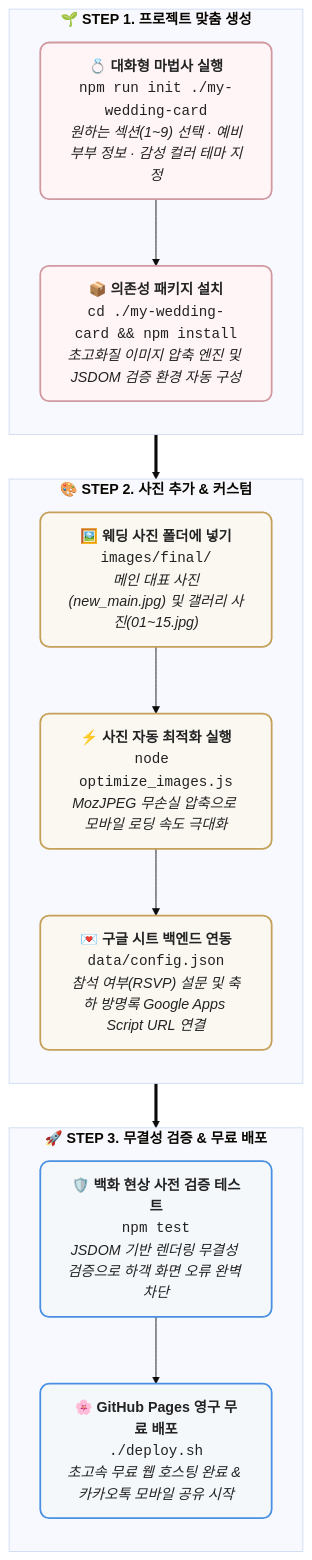
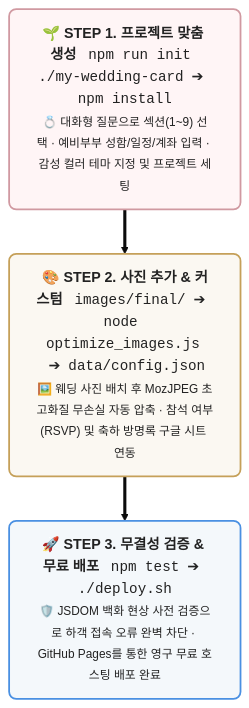
The diagram in .agents/skills/mobile-wedding-card/README.md (unoShin/wedding-card), drawn with Mermaid (base theme) before and after one commit.

Commit message:
Auto-deploy verification passed: 2026-08-28 17:42:09

````diff
--- a/.agents/skills/mobile-wedding-card/README.md
+++ b/.agents/skills/mobile-wedding-card/README.md
@@ -116,39 +116,19 @@
 ```mermaid
 flowchart TD
-    %% Phase 1: 맞춤 프로젝트 생성
-    subgraph P1 ["<b>🌱 STEP 1. 프로젝트 맞춤 생성</b>"]
-        direction TB
-        A["<b>💍 대화형 마법사 실행</b><br/><code>npm run init ./my-wedding-card</code><br/><i>원하는 섹션(1~9) 선택 · 예비부부 정보 · 감성 컬러 테마 지정</i>"]
-        B["<b>📦 의존성 패키지 설치</b><br/><code>cd ./my-wedding-card && npm install</code><br/><i>초고화질 이미지 압축 엔진 및 JSDOM 검증 환경 자동 구성</i>"]
-        A --> B
-    end
+    S1["<b>🌱 STEP 1. 프로젝트 맞춤 생성</b> &nbsp; <code>npm run init ./my-wedding-card</code> &nbsp;➔&nbsp; <code>npm install</code><br/><small>💍 대화형 질문으로 섹션(1~9) 선택 · 예비부부 성함/일정/계좌 입력 · 감성 컬러 테마 지정 및 프로젝트 세팅</small>"]
+    
+    S2["<b>🎨 STEP 2. 사진 추가 & 커스텀</b> &nbsp; <code>images/final/</code> &nbsp;➔&nbsp; <code>node optimize_images.js</code> &nbsp;➔&nbsp; <code>data/config.json</code><br/><small>🖼️ 웨딩 사진 배치 후 MozJPEG 초고화질 무손실 자동 압축 · 참석 여부(RSVP) 및 축하 방명록 구글 시트 연동</small>"]
+    
+    S3["<b>🚀 STEP 3. 무결성 검증 & 무료 배포</b> &nbsp; <code>npm test</code> &nbsp;➔&nbsp; <code>./deploy.sh</code><br/><small>🛡️ JSDOM 백화 현상 사전 검증으로 하객 접속 오류 완벽 차단 · GitHub Pages를 통한 영구 무료 호스팅 배포 완료</small>"]
 
-    %% Phase 2: 사진 및 커스텀
-    subgraph P2 ["<b>🎨 STEP 2. 사진 추가 & 커스텀</b>"]
-        direction TB
-        C["<b>🖼️ 웨딩 사진 폴더에 넣기</b><br/><code>images/final/</code><br/><i>메인 대표 사진(new_main.jpg) 및 갤러리 사진(01~15.jpg)</i>"]
-        D["<b>⚡ 사진 자동 최적화 실행</b><br/><code>node optimize_images.js</code><br/><i>MozJPEG 무손실 압축으로 모바일 로딩 속도 극대화</i>"]
-        E["<b>💌 구글 시트 백엔드 연동</b><br/><code>data/config.json</code><br/><i>참석 여부(RSVP) 설문 및 축하 방명록 Google Apps Script URL 연결</i>"]
-        C --> D --> E
-    end
+    S1 ==> S2 ==> S3
 
-    %% Phase 3: 품질 검증 및 배포
-    subgraph P3 ["<b>🚀 STEP 3. 무결성 검증 & 무료 배포</b>"]
-        direction TB
-        F["<b>🛡️ 백화 현상 사전 검증 테스트</b><br/><code>npm test</code><br/><i>JSDOM 기반 렌더링 무결성 검증으로 하객 화면 오류 완벽 차단</i>"]
-        G["<b>🌸 GitHub Pages 영구 무료 배포</b><br/><code>./deploy.sh</code><br/><i>초고속 무료 웹 호스팅 완료 & 카카오톡 모바일 공유 시작</i>"]
-        F --> G
-    end
+    %% Custom Wide Card Styling
+    classDef stepPink fill:#fff5f6,stroke:#d099a1,stroke-width:2px,color:#222,rx:8px,ry:8px;
+    classDef stepGold fill:#fbf8f2,stroke:#c5a059,stroke-width:2px,color:#222,rx:8px,ry:8px;
+    classDef stepBlue fill:#f4f8fb,stroke:#4a90e2,stroke-width:2px,color:#222,rx:8px,ry:8px;
 
-    B ==> C
-    E ==> F
-
-    %% Custom High-Craft Styling
-    classDef stepPink fill:#fff5f6,stroke:#d099a1,stroke-width:2px,color:#222,rx:10px,ry:10px;
-    classDef stepGold fill:#fbf8f2,stroke:#c5a059,stroke-width:2px,color:#222,rx:10px,ry:10px;
-    classDef stepBlue fill:#f4f8fb,stroke:#4a90e2,stroke-width:2px,color:#222,rx:10px,ry:10px;
-
-    class A,B stepPink;
-    class C,D,E stepGold;
-    class F,G stepBlue;
+    class S1 stepPink;
+    class S2 stepGold;
+    class S3 stepBlue;
 ```
````
